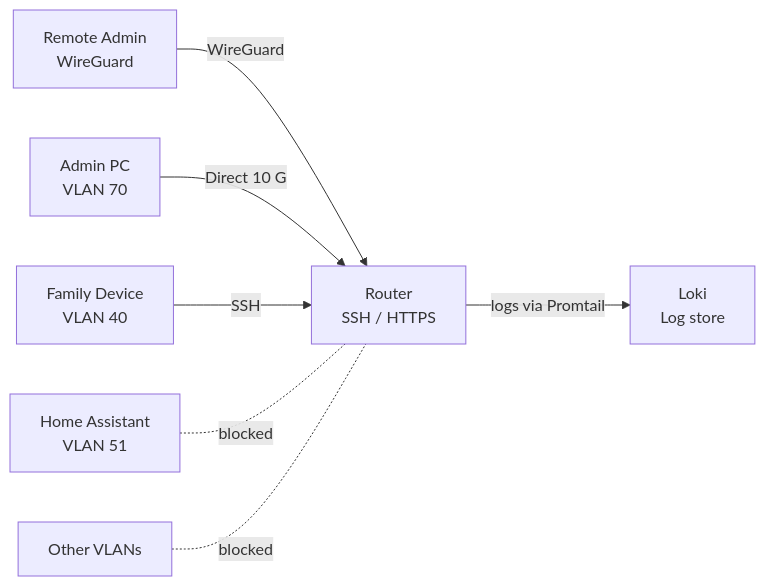
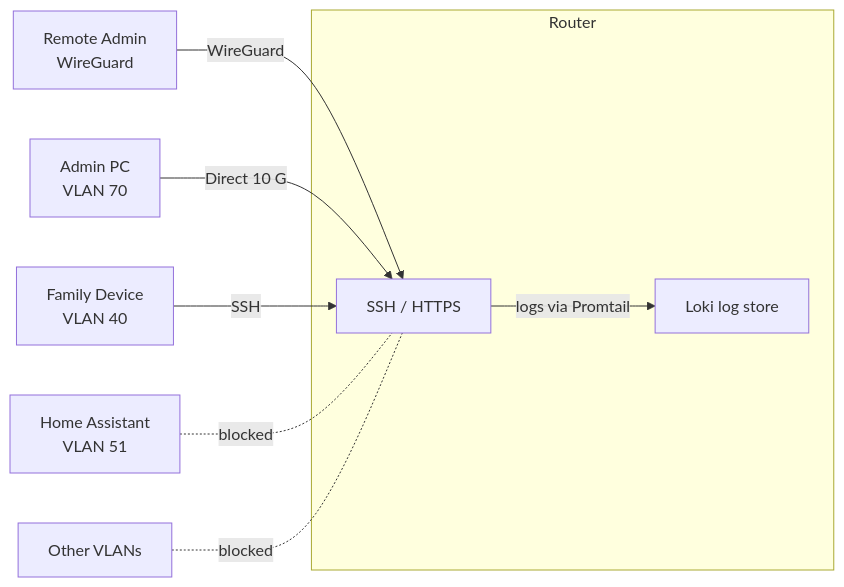
One commit to GEMISIS/home-network-setup changed the seventh of 8 diagrams in SOFTWARE.md. Above: the diagram before and after it, drawn with Mermaid. The commit also changed other lines of this file and 2 other files, not shown here.

````diff
--- a/SOFTWARE.md
+++ b/SOFTWARE.md
@@ -116,17 +119,19 @@
 ```mermaid
 flowchart LR
     AdminPC["Admin PC<br/>VLAN 70"]
     FamilyPC["Family Device<br/>VLAN 40"]
     HA["Home Assistant<br/>VLAN 51"]
     WGUser["Remote Admin<br/>WireGuard"]
-    Router["Router<br/>SSH / HTTPS"]
-    Loki["Loki<br/>Log store"]
     Others["Other VLANs"]
+    subgraph RouterBox["Router"]
+        Router["SSH / HTTPS"]
+        Loki["Loki log store"]
+    end
 
     WGUser -->|"WireGuard"| Router
     AdminPC -->|"Direct 10 G"| Router
     FamilyPC -->|"SSH"| Router
     HA -.-|"blocked"| Router
     Others -.-|"blocked"| Router
     Router -- "logs via Promtail" --> Loki
 ```
````
